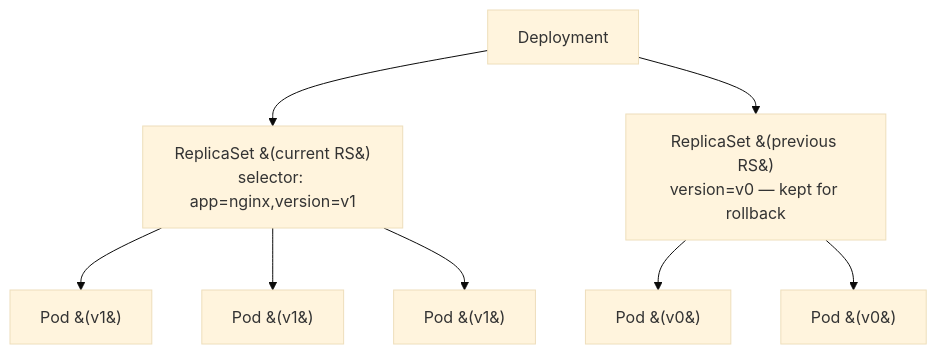
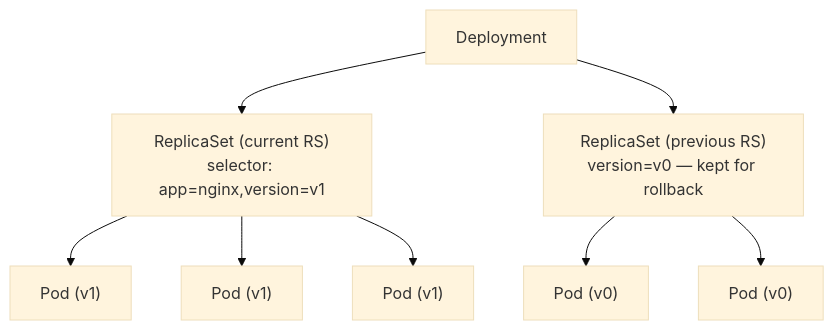
Before and after one commit to WhoisMonesh/K8S-Everything: the second of 2 diagrams in 03-workloads/replicasets.md, drawn with Mermaid (base theme). The commit also changed 15 other files, not shown here.

First line of the commit message:
Fix Mermaid parentheses syntax - use quoted labels

````diff
--- a/03-workloads/replicasets.md
+++ b/03-workloads/replicasets.md
@@ -75,10 +75,10 @@
 ```mermaid
 graph TD
-    A[Deployment] --> B[ReplicaSet &#40;current RS&#41;<br/>selector: app=nginx,version=v1]
-    A --> C[ReplicaSet &#40;previous RS&#41;<br/>version=v0 — kept for rollback]
-    B --> D[Pod &#40;v1&#41;]
-    B --> E[Pod &#40;v1&#41;]
-    B --> F[Pod &#40;v1&#41;]
-    C --> G[Pod &#40;v0&#41;]
-    C --> H[Pod &#40;v0&#41;]
+    A[Deployment] --> B["ReplicaSet (current RS)<br/>selector: app=nginx,version=v1"]
+    A --> C["ReplicaSet (previous RS)<br/>version=v0 — kept for rollback"]
+    B --> D["Pod (v1)"]
+    B --> E["Pod (v1)"]
+    B --> F["Pod (v1)"]
+    C --> G["Pod (v0)"]
+    C --> H["Pod (v0)"]
 ```
````
